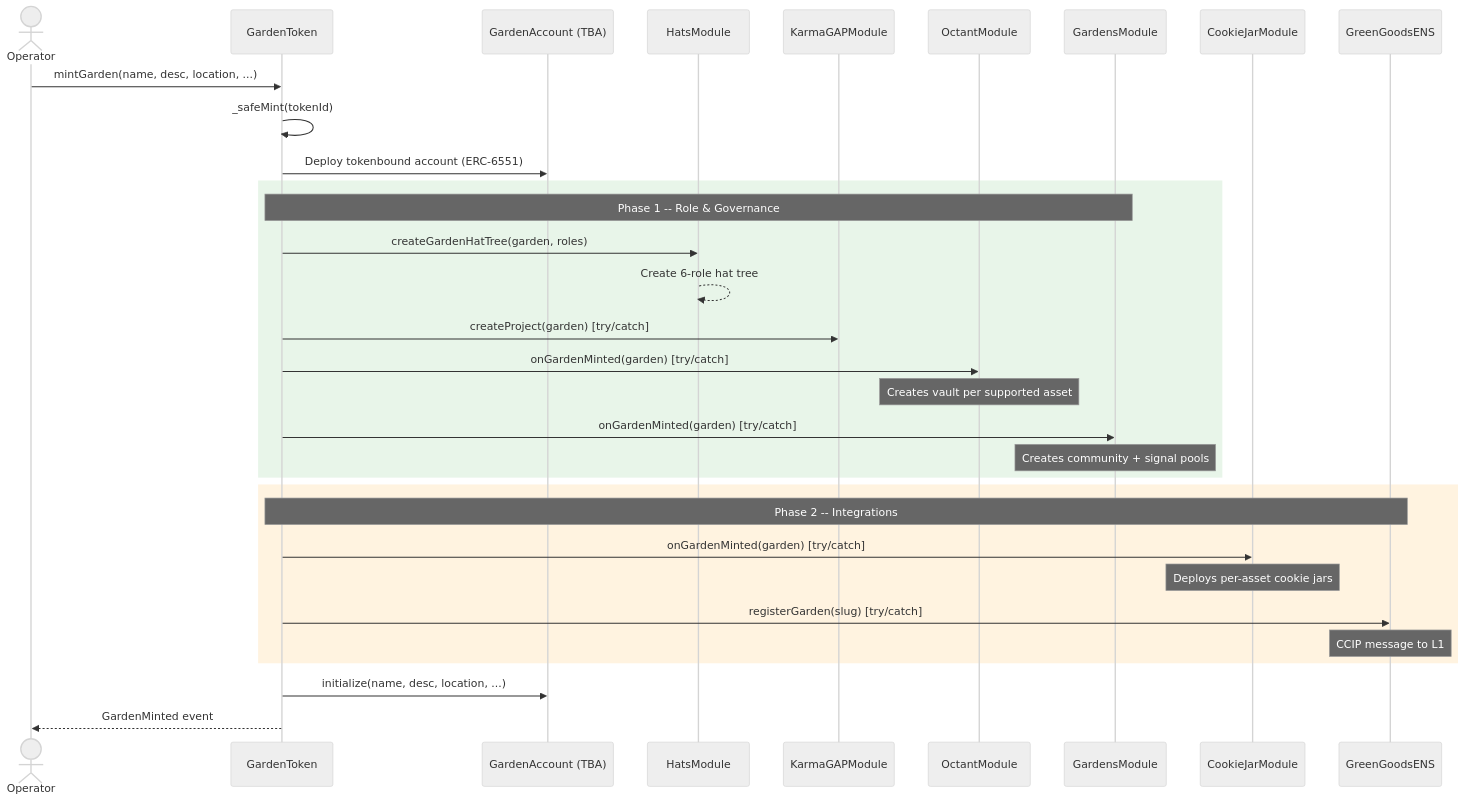
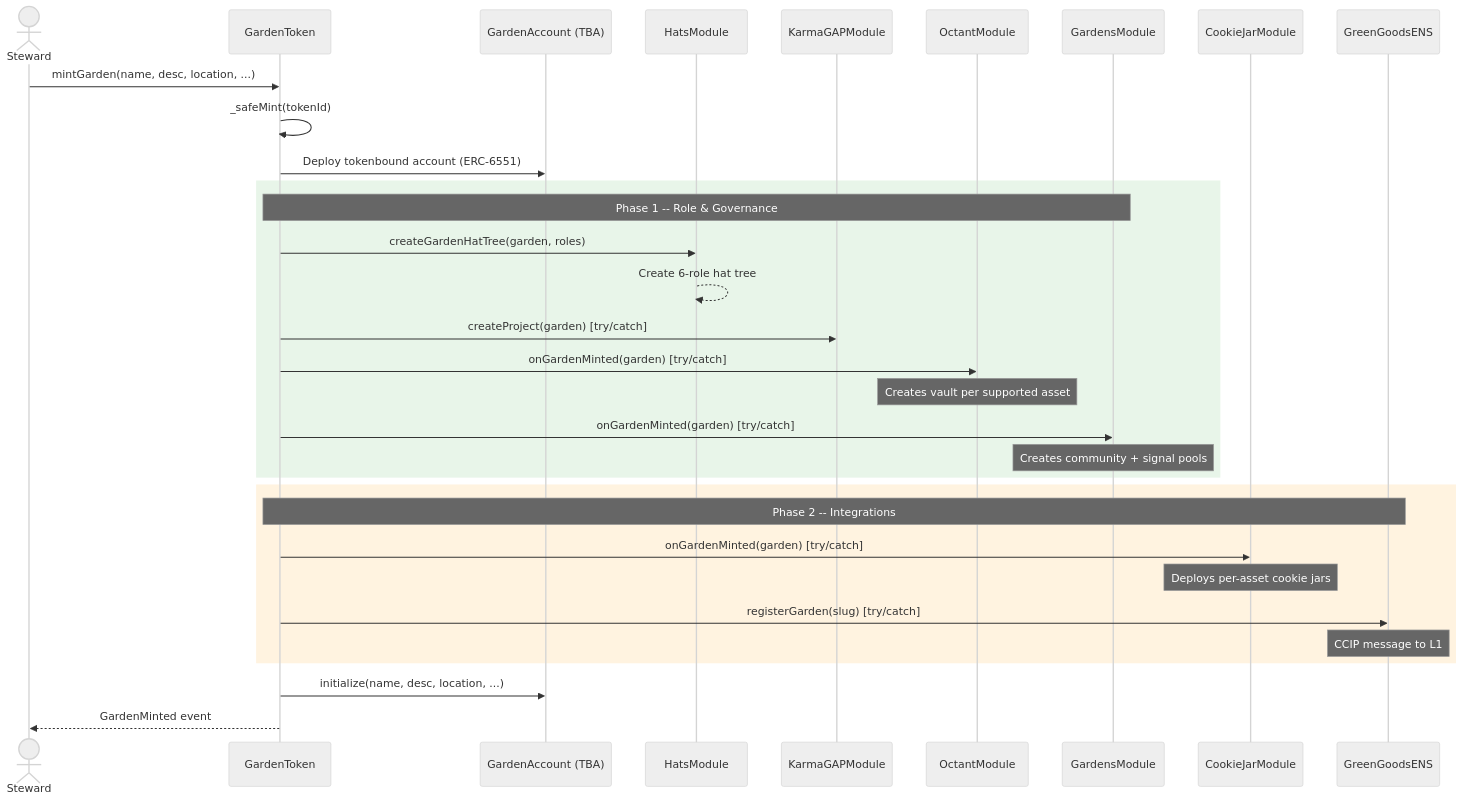
Before and after one commit to greenpill-dev-guild/green-goods: the first of 7 diagrams in docs/docs/builders/architecture/sequence-diagrams.mdx, drawn with Mermaid (neutral theme). The commit also changed other lines of this file and 447 other files, not shown here.

````diff
--- a/docs/docs/builders/architecture/sequence-diagrams.mdx
+++ b/docs/docs/builders/architecture/sequence-diagrams.mdx
@@ -31,38 +31,38 @@
 ```mermaid
 sequenceDiagram
-    actor Op as Operator
+    actor Op as Steward
     participant GT as GardenToken
     participant TBA as GardenAccount (TBA)
     participant HM as HatsModule
     participant KG as KarmaGAPModule
     participant OCT as OctantModule
     participant GM as GardensModule
     participant CJ as CookieJarModule
     participant ENS as GreenGoodsENS
 
     Op->>GT: mintGarden(name, desc, location, ...)
     GT->>GT: _safeMint(tokenId)
     GT->>TBA: Deploy tokenbound account (ERC-6551)
 
     rect rgb(232, 245, 233)
         Note over GT,GM: Phase 1 -- Role & Governance
         GT->>HM: createGardenHatTree(garden, roles)
         HM-->>HM: Create 6-role hat tree
         GT->>KG: createProject(garden) [try/catch]
         GT->>OCT: onGardenMinted(garden) [try/catch]
         Note over OCT: Creates vault per supported asset
         GT->>GM: onGardenMinted(garden) [try/catch]
         Note over GM: Creates community + signal pools
     end
 
     rect rgb(255, 243, 224)
         Note over GT,ENS: Phase 2 -- Integrations
         GT->>CJ: onGardenMinted(garden) [try/catch]
         Note over CJ: Deploys per-asset cookie jars
         GT->>ENS: registerGarden(slug) [try/catch]
         Note over ENS: CCIP message to L1
     end
 
     GT->>TBA: initialize(name, desc, location, ...)
     GT-->>Op: GardenMinted event
 ```
````
